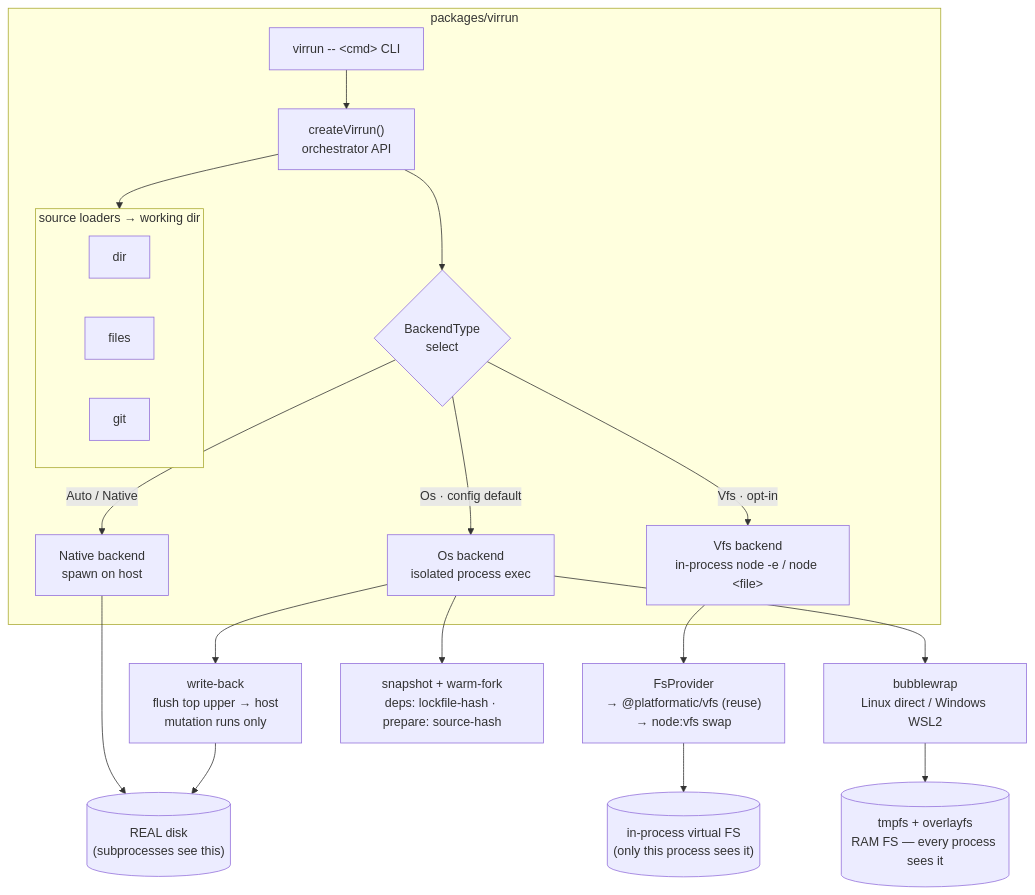
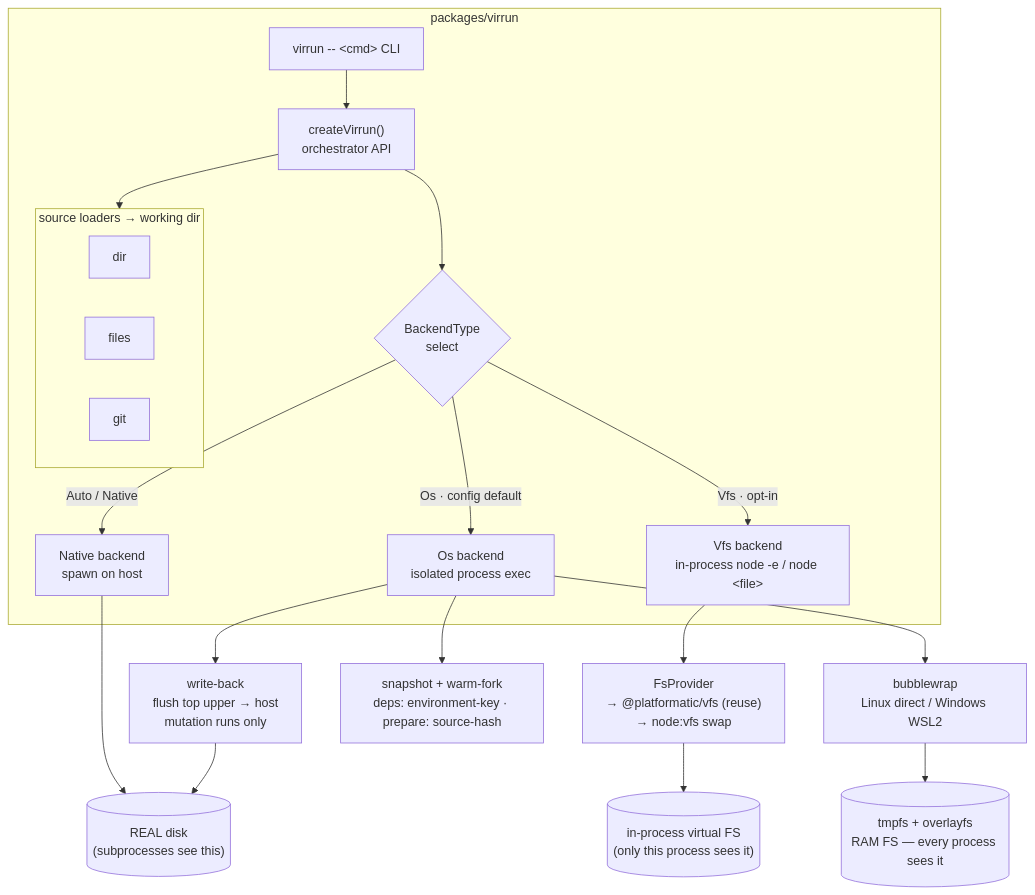
Before and after one commit to Esposter/Esposter: the diagram in packages/app/content/docs/virrun/architecture.md, drawn with Mermaid. The commit also changed other lines of this file and 17 other files, not shown here.

````diff
--- a/packages/app/content/docs/virrun/architecture.md
+++ b/packages/app/content/docs/virrun/architecture.md
@@ -12,30 +12,30 @@
 ```mermaid
 flowchart TB
     subgraph pkg["packages/virrun"]
         cli["virrun -- &lt;cmd&gt; CLI"]
         api["createVirrun()\norchestrator API"]
         cli --> api
 
         subgraph src["source loaders → working dir"]
             direction LR
             dir["dir"]
             files["files"]
             git["git"]
         end
         api --> src
 
         api --> pick{"BackendType\nselect"}
         pick -->|Auto / Native| native["Native backend\nspawn on host"]
         pick -->|Vfs · opt-in| vfs["Vfs backend\nin-process node -e / node &lt;file&gt;"]
         pick -->|Os · config default| os["Os backend\nisolated process exec"]
     end
 
     native --> disk[("REAL disk\n(subprocesses see this)")]
     vfs --> fsp["FsProvider\n→ @platformatic/vfs (reuse)\n→ node:vfs swap"]
     fsp --> vmem[("in-process virtual FS\n(only this process sees it)")]
     os --> sandboxprim["bubblewrap\nLinux direct / Windows WSL2"]
     sandboxprim --> ram[("tmpfs + overlayfs\nRAM FS — every process sees it")]
-    os --> snap["snapshot + warm-fork\ndeps: lockfile-hash · prepare: source-hash"]
+    os --> snap["snapshot + warm-fork\ndeps: environment-key · prepare: source-hash"]
     os --> wb["write-back\nflush top upper → host\nmutation runs only"]
     wb --> disk
 ```
````
